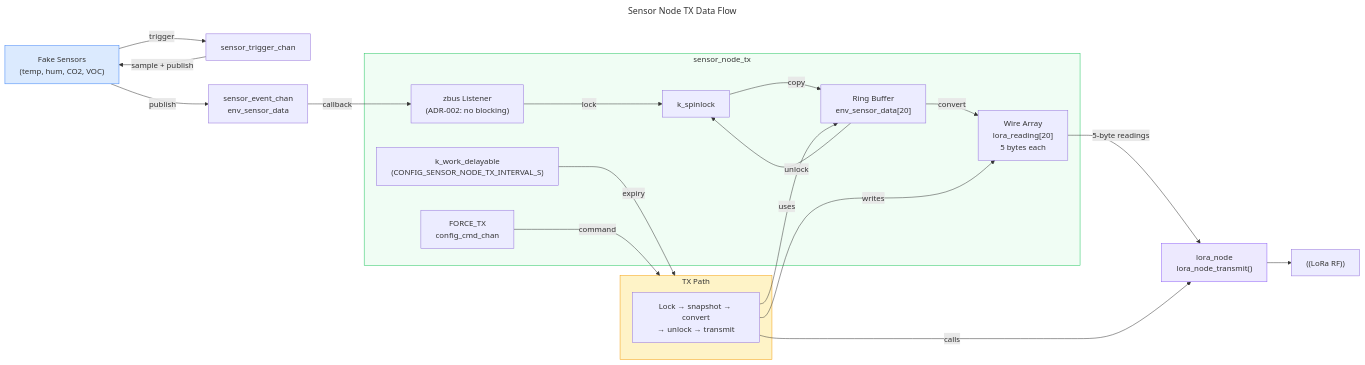
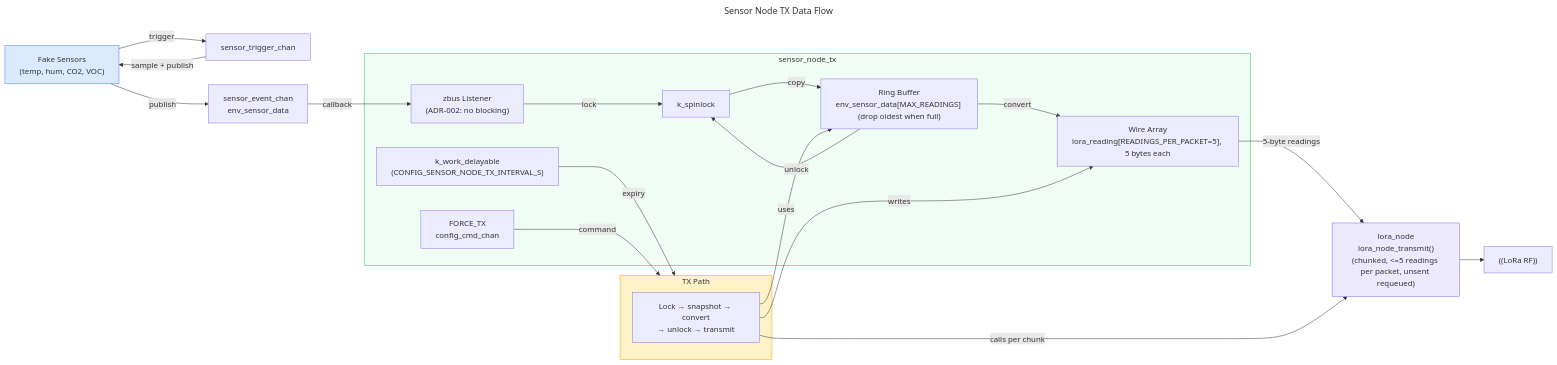
Before and after one commit to tobiwan88/weather-station: the diagram in docs/architecture/diagrams/sensor-node-tx-flow.mmd, drawn with Mermaid. The commit also changed 37 other files, not shown here.

```diff
--- a/docs/architecture/diagrams/sensor-node-tx-flow.mmd
+++ b/docs/architecture/diagrams/sensor-node-tx-flow.mmd
@@ -1,46 +1,46 @@
 ---
 title: Sensor Node TX Data Flow
 ---
 flowchart LR
     SENSORS["Fake Sensors\n(temp, hum, CO2, VOC)"]
     TRIG["sensor_trigger_chan"]
     EVT["sensor_event_chan\nenv_sensor_data"]
 
     subgraph sensor_node_tx
         LISTENER["zbus Listener\n(ADR-002: no blocking)"]
         LOCK["k_spinlock"]
-        BUF["Ring Buffer\nenv_sensor_data[20]"]
-        WIRE["Wire Array\nlora_reading[20]\n5 bytes each"]
+        BUF["Ring Buffer\nenv_sensor_data[MAX_READINGS] (drop oldest when full)"]
+        WIRE["Wire Array\nlora_reading[READINGS_PER_PACKET=5], 5 bytes each"]
         TIMER["k_work_delayable\n(CONFIG_SENSOR_NODE_TX_INTERVAL_S)"]
         FORCE["FORCE_TX\nconfig_cmd_chan"]
     end
 
-    LORA["lora_node\nlora_node_transmit()"]
+    LORA["lora_node\nlora_node_transmit()\n(chunked, <=5 readings per packet, unsent requeued)"]
     AIR["((LoRa RF))"]
 
     SENSORS -->|trigger| TRIG
     TRIG -->|sample + publish| SENSORS
     SENSORS -->|publish| EVT
     EVT -->|callback| LISTENER
     LISTENER -->|lock| LOCK
     LOCK -->|copy| BUF
     BUF -->|unlock| LOCK
 
     TIMER -->|expiry| TX_PATH
     FORCE -->|command| TX_PATH
 
     subgraph TX_PATH[TX Path]
         SNAP["Lock → snapshot → convert\n→ unlock → transmit"]
     end
 
     BUF -->|convert| WIRE
     WIRE -->|5-byte readings| LORA
     SNAP -->|uses| BUF
     SNAP -->|writes| WIRE
-    SNAP -->|calls| LORA
+    SNAP -->|calls per chunk| LORA
     LORA --> AIR
 
     style sensor_node_tx fill:#f0fdf4,stroke:#22c55e
     style TX_PATH fill:#fef3c7,stroke:#f59e0b
     style SENSORS fill:#dbeafe,stroke:#3b82f6
     style LORA fill:#ede9fe,stroke:#8b5cf6
```
